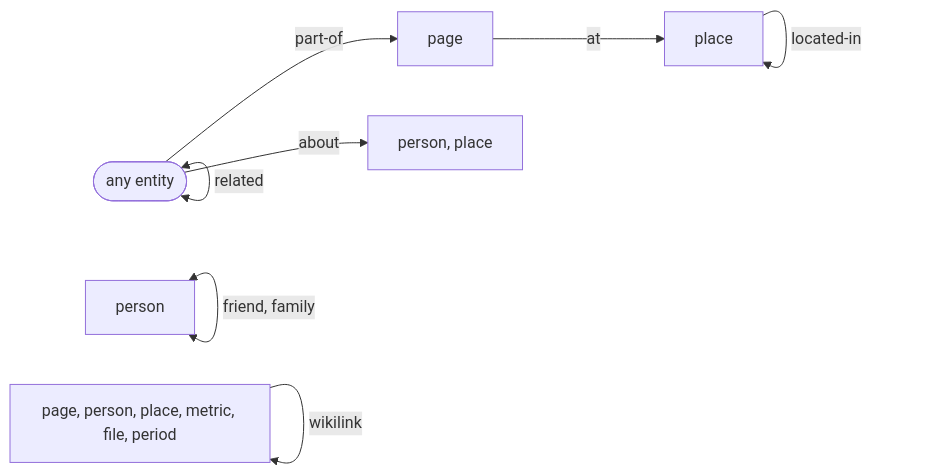
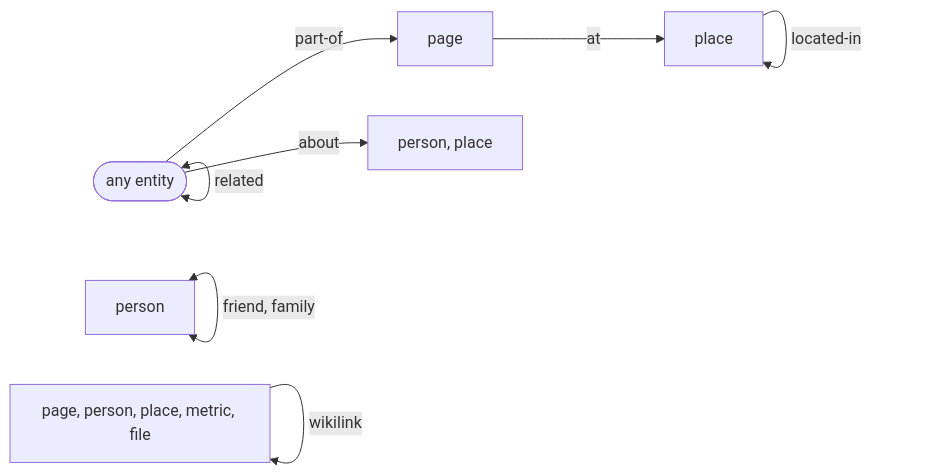
Before and after one commit to alexradunet/lifelogdb: the diagram in docs/architecture/link-rules.md, drawn with Mermaid. The commit also changed 78 other files, not shown here.

````diff
--- a/docs/architecture/link-rules.md
+++ b/docs/architecture/link-rules.md
@@ -7,19 +7,19 @@
 ```mermaid
 %% diagram: link-map
 flowchart LR
     any(["any entity"])
     person["person"]
     place["place"]
     page["page"]
     named["person, place"]
-    titled["page, person, place, metric, file, period"]
+    titled["page, person, place, metric, file"]
 
     any -->|"about"| named
     any <-->|"related"| any
     page -->|"at"| place
     person -->|"parent-of"| person
     person <-->|"friend, family"| person
     place -->|"located-in"| place
     any -->|"part-of"| page
     titled -->|"wikilink"| titled
 ```
````
